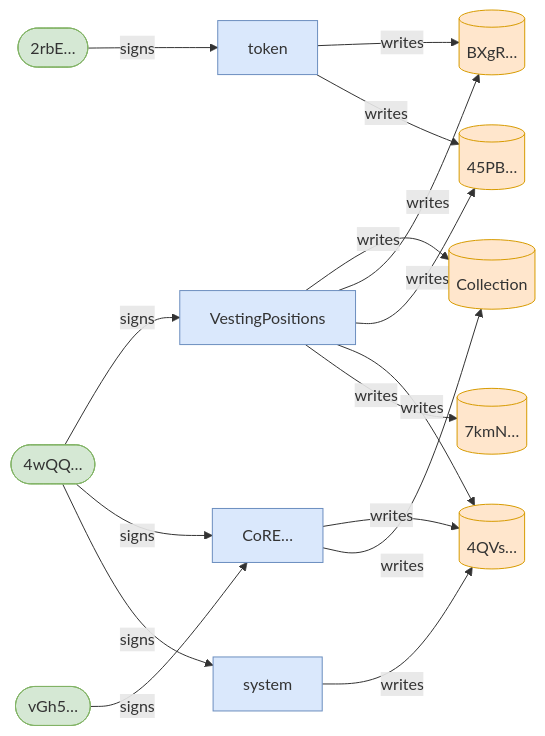
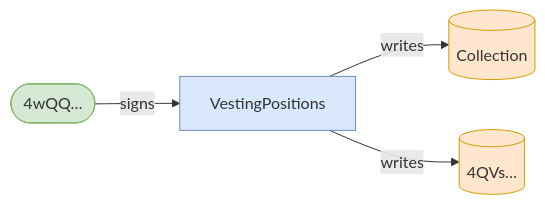
One commit to cds-turbin3/vesting-position changed the second of 3 diagrams in babelfish-tests/test-report/freeze_asset_requires_creator.md. Above: the diagram before and after it, drawn with Mermaid. The commit also changed other lines of this file and 50 other files, not shown here.

````diff
--- a/babelfish-tests/test-report/freeze_asset_requires_creator.md
+++ b/babelfish-tests/test-report/freeze_asset_requires_creator.md
@@ -30,33 +16,13 @@
 ```mermaid
 flowchart LR
     VestingPositions["VestingPositions"]:::program
     4wQQ(["4wQQ…"]):::signer
     Collection[("Collection")]:::state
-    BXgR[("BXgR…")]:::state
-    45PB[("45PB…")]:::state
     4QVs[("4QVs…")]:::state
-    7kmN[("7kmN…")]:::state
-    CoRE["CoRE…"]:::program
-    vGh5(["vGh5…"]):::signer
-    system["system"]:::program
-    token["token"]:::program
-    2rbE(["2rbE…"]):::signer
     4wQQ -->|signs| VestingPositions
     VestingPositions -->|writes| Collection
-    VestingPositions -->|writes| BXgR
-    VestingPositions -->|writes| 45PB
     VestingPositions -->|writes| 4QVs
-    VestingPositions -->|writes| 7kmN
-    CoRE -->|writes| 4QVs
-    CoRE -->|writes| Collection
-    4wQQ -->|signs| CoRE
-    vGh5 -->|signs| CoRE
-    4wQQ -->|signs| system
-    system -->|writes| 4QVs
-    token -->|writes| BXgR
-    token -->|writes| 45PB
-    2rbE -->|signs| token
     classDef program fill:#dae8fc,stroke:#6c8ebf;
     classDef signer fill:#d5e8d4,stroke:#82b366;
     classDef state fill:#ffe6cc,stroke:#d79b00;
 ```
````
